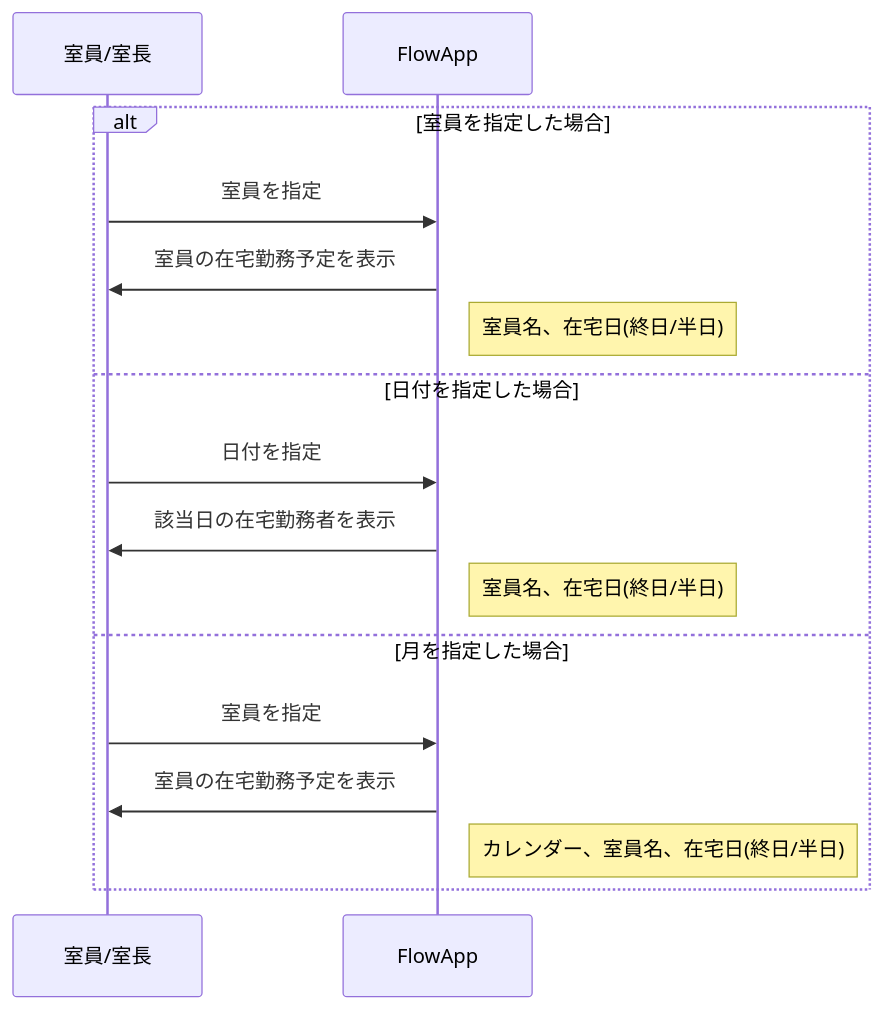
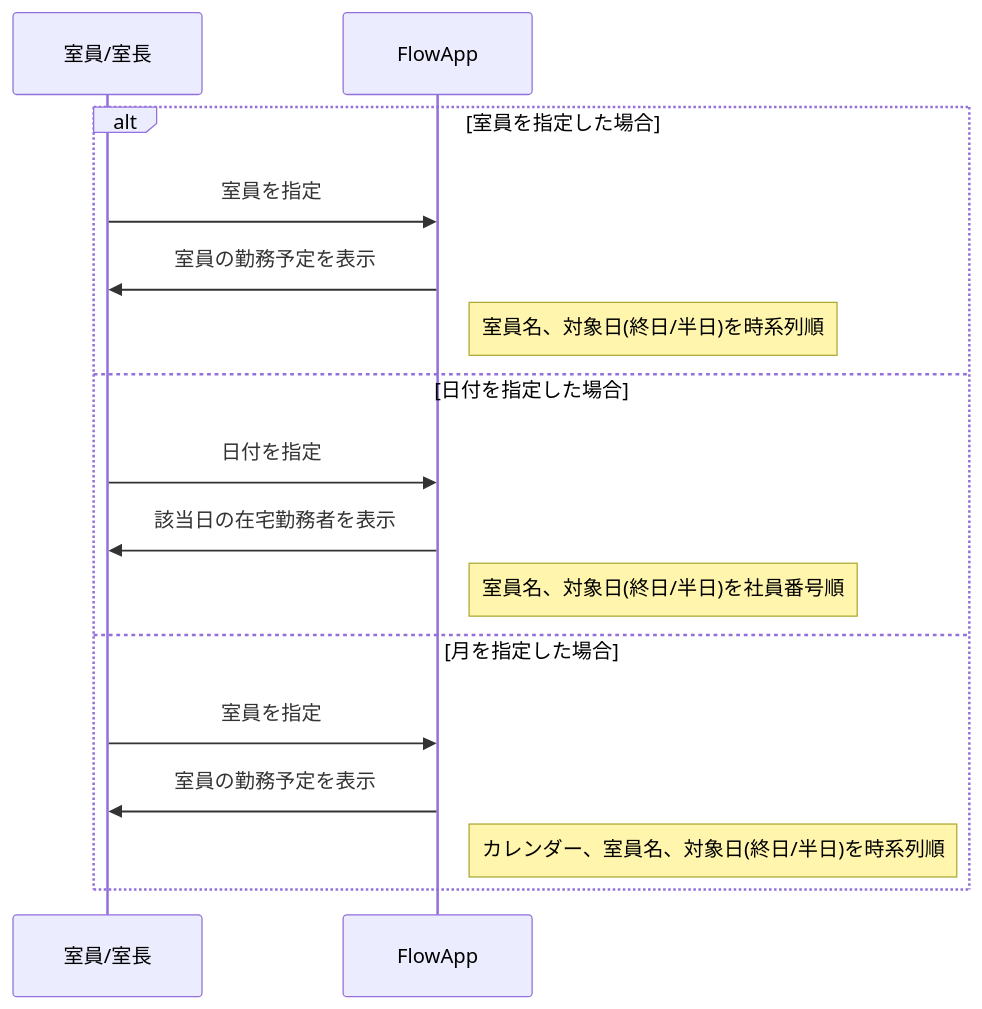
Before and after one commit to ctenopoma/Memo: the second of 7 diagrams in remote_flow/spec.md, drawn with Mermaid. The commit also changed other lines of this file and 3 other files, not shown here.

````diff
--- a/remote_flow/spec.md
+++ b/remote_flow/spec.md
@@ -88,19 +100,19 @@
 ```mermaid
 sequenceDiagram
     participant Staff as 室員/室長
     participant apps as FlowApp
 
     alt 室員を指定した場合
         Staff->>apps: 室員を指定
-        apps->>Staff: 室員の在宅勤務予定を表示
-        Note right of apps: 室員名、在宅日(終日/半日)
+        apps->>Staff: 室員の勤務予定を表示
+        Note right of apps: 室員名、対象日(終日/半日)を時系列順
     else 日付を指定した場合
         Staff->>apps: 日付を指定
         apps->>Staff: 該当日の在宅勤務者を表示
-        Note right of apps: 室員名、在宅日(終日/半日)
+        Note right of apps: 室員名、対象日(終日/半日)を社員番号順
     else 月を指定した場合
         Staff->>apps: 室員を指定
-        apps->>Staff: 室員の在宅勤務予定を表示
-        Note right of apps: カレンダー、室員名、在宅日(終日/半日)
+        apps->>Staff: 室員の勤務予定を表示
+        Note right of apps: カレンダー、室員名、対象日(終日/半日)を時系列順
     end
 ```
````
